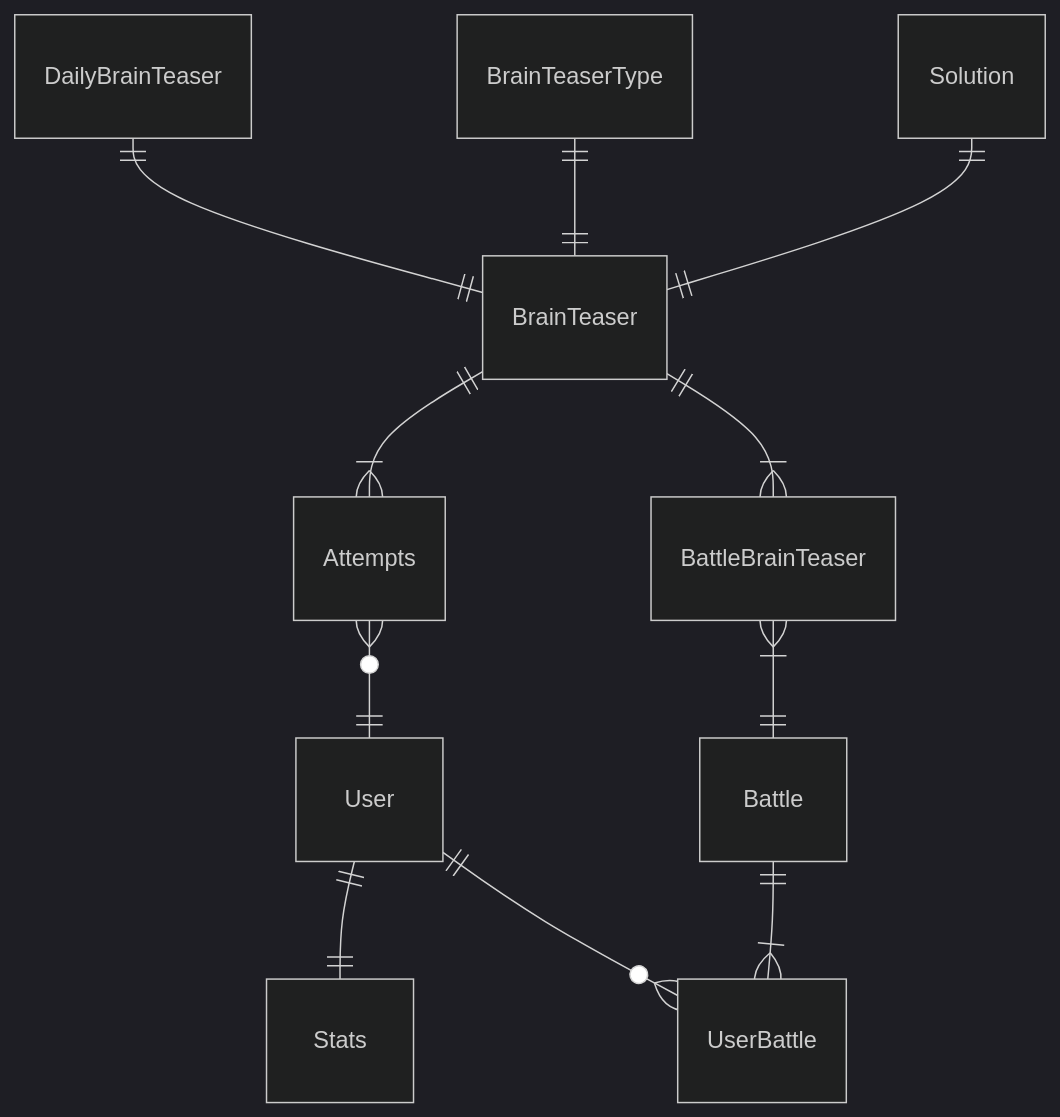
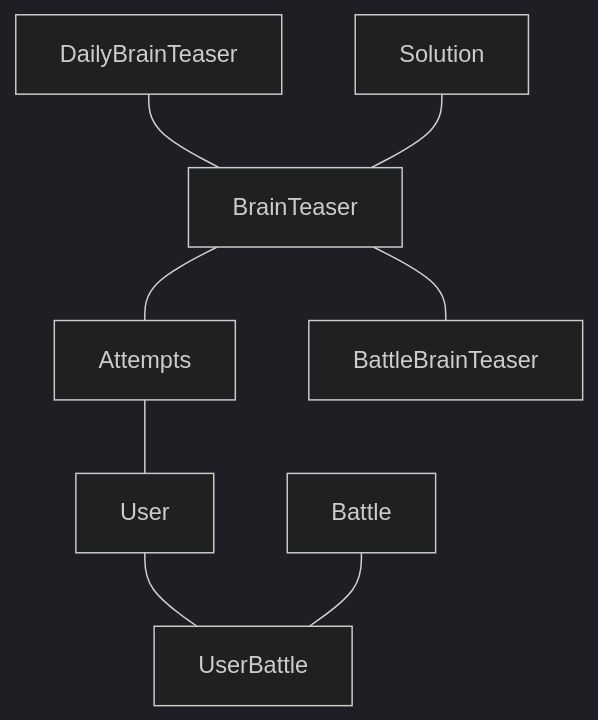
The first of 3 diagrams in README.md (seanjamescurrie/bananagrams), drawn with Mermaid (dark theme) before and after one commit. The commit also changed other lines of this file, not shown here.

Commit message:
Version 2 of ERD diagram added to ReadMe.md

````diff
--- a/README.md
+++ b/README.md
@@ -33,13 +33,10 @@
 ```mermaid
-erDiagram
-  DailyBrainTeaser ||--|| BrainTeaser : ""
-  BrainTeaserType ||--|| BrainTeaser : ""
-  Solution ||--|| BrainTeaser : ""
-  BrainTeaser ||--|{ Attempts : ""
-  BrainTeaser ||--|{ BattleBrainTeaser : ""
-  Attempts }o--|| User : ""
-  User ||--|| Stats : ""
-  User ||--o{ UserBattle : ""
-  BattleBrainTeaser }|--|| Battle : ""
-  Battle ||--|{ UserBattle : ""
+flowchart
+  DailyBrainTeaser --- BrainTeaser
+  Solution --- BrainTeaser
+  BrainTeaser --- Attempts
+  BrainTeaser --- BattleBrainTeaser
+  Attempts --- User
+  User --- UserBattle
+  Battle --- UserBattle
 ```
````
